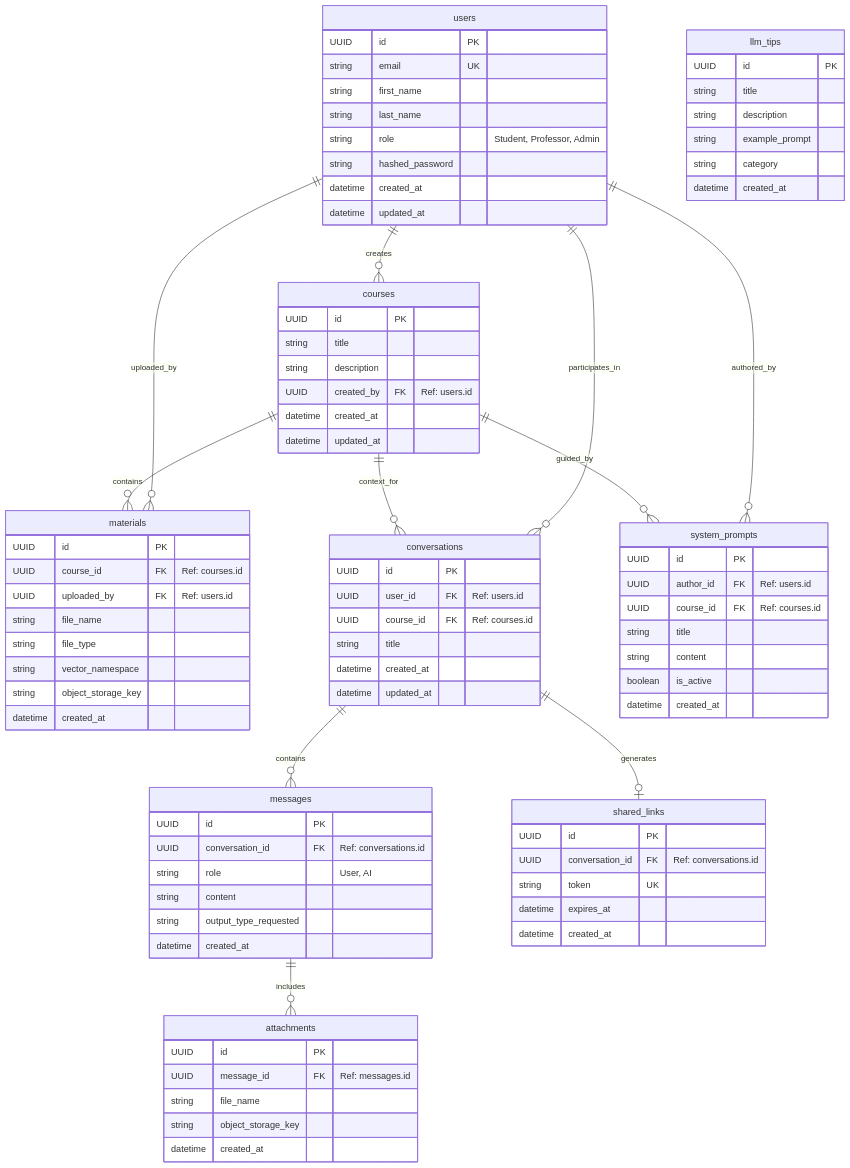
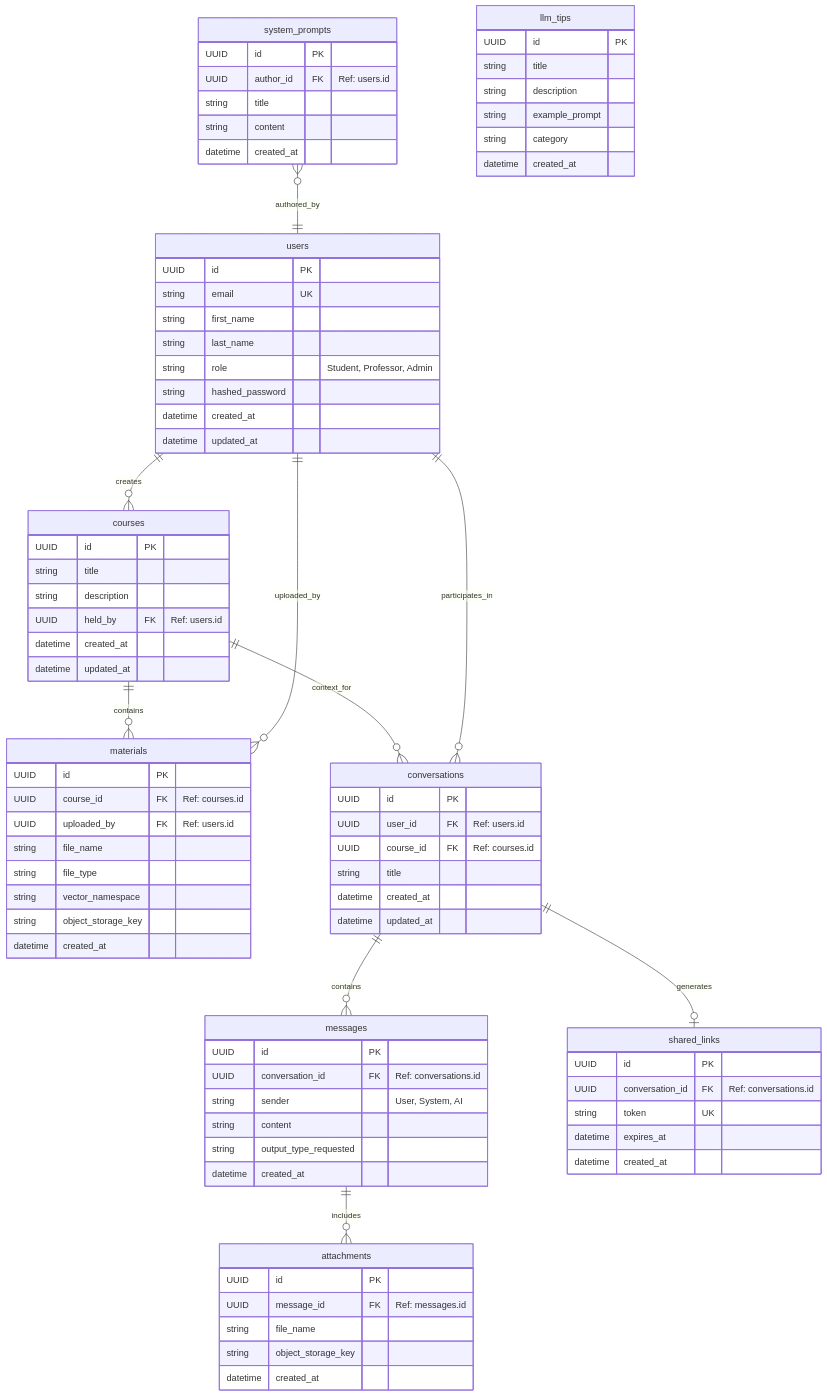
Before and after one commit to ULBS-cauci/backend: the first of 3 diagrams in DATABASE_SCHEMA.md, drawn with Mermaid. The commit also changed other lines of this file and 1 other file, not shown here.

Commit message:
Update database schema and models: rename 'created_by' to 'held_by' and 'role' to 'sender'

```diff
--- a/DATABASE_SCHEMA.md
+++ b/DATABASE_SCHEMA.md
@@ -20,7 +20,7 @@
         UUID id PK
         string title
         string description
-        UUID created_by FK "Ref: users.id"
+        UUID held_by FK "Ref: users.id"
         datetime created_at
         datetime updated_at
     }
@@ -50,7 +50,7 @@
     messages {
         UUID id PK
         UUID conversation_id FK "Ref: conversations.id"
-        string role "User, AI"
+        string sender "User, System, AI"
         string content
         string output_type_requested
         datetime created_at
@@ -76,10 +76,8 @@
     system_prompts {
         UUID id PK
         UUID author_id FK "Ref: users.id"
-        UUID course_id FK "Ref: courses.id"
         string title
         string content
-        boolean is_active
         datetime created_at
     }
 
@@ -100,7 +98,6 @@
     courses ||--o{ materials : "contains"
     materials }o--|| users : "uploaded_by"
     
-    courses ||--o{ system_prompts : "guided_by"
     system_prompts }o--|| users : "authored_by"
 
     %% Chat System Sub-graph
```
